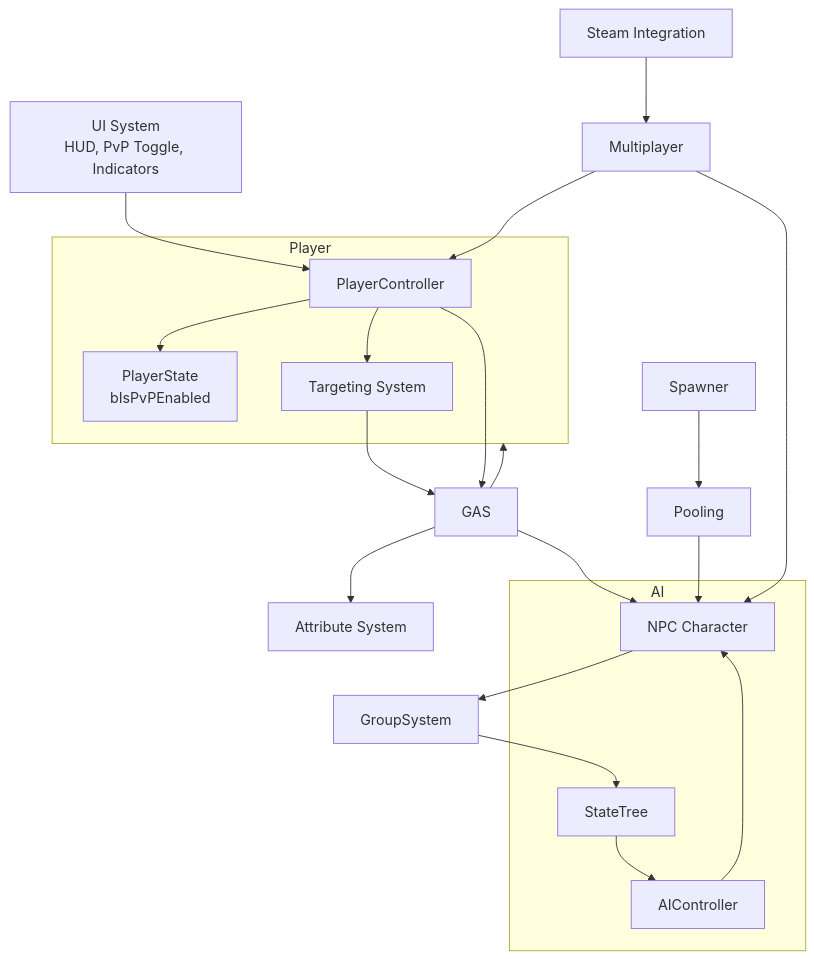
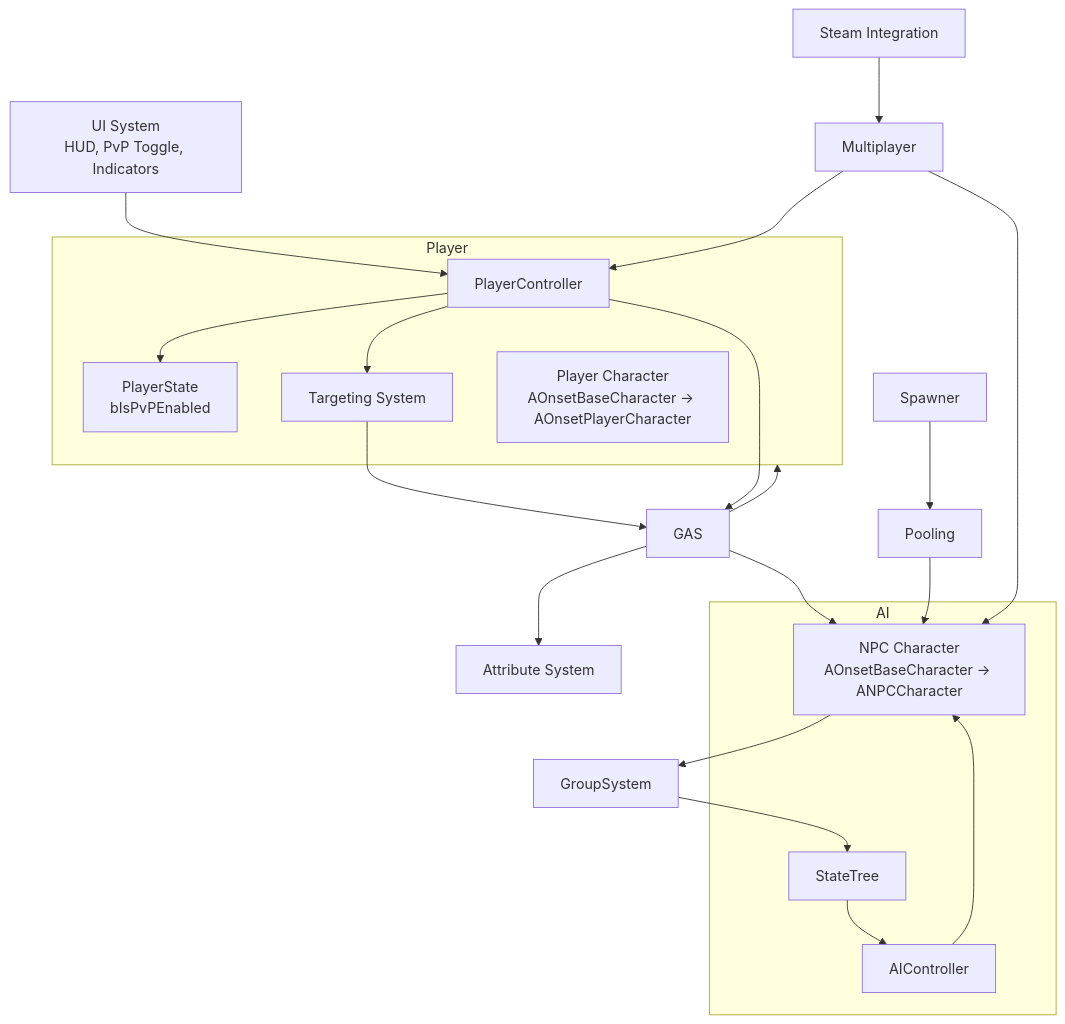
Before and after one commit to maximoh-mmo/PortfolioTutorial: the diagram in Docs/Architecture/Architecture Overview.md, drawn with Mermaid. The commit also changed other lines of this file and 20 other files, not shown here.

````diff
--- a/Docs/Architecture/Architecture Overview.md
+++ b/Docs/Architecture/Architecture Overview.md
@@ -26,37 +26,38 @@
 ```mermaid
 flowchart TD
     UI[UI System<br/>HUD, PvP Toggle, Indicators] --> PC[PlayerController]
     PC --> PS[PlayerState<br/>bIsPvPEnabled]
     PC --> Targeting[Targeting System]
     PC --> GAS
 
     Targeting --> GAS
     GAS --> Attributes[Attribute System]
 
     subgraph Player
         PC
         PS
         Targeting
+        PlayerChar[Player Character<br/>AOnsetBaseCharacter → AOnsetPlayerCharacter]
     end
 
     subgraph AI
-        NPC[NPC Character]
+        NPC[NPC Character<br/>AOnsetBaseCharacter → ANPCCharacter]
         AIController
         StateTree
     end
 
     Spawner --> Pooling
     Pooling --> NPC
     NPC --> GroupSystem
 
     GroupSystem --> StateTree
     StateTree --> AIController
     AIController --> NPC
 
     GAS --> NPC
     GAS --> Player
 
     Steam[Steam Integration] --> Multiplayer
     Multiplayer --> PC
     Multiplayer --> NPC
 ```
````
